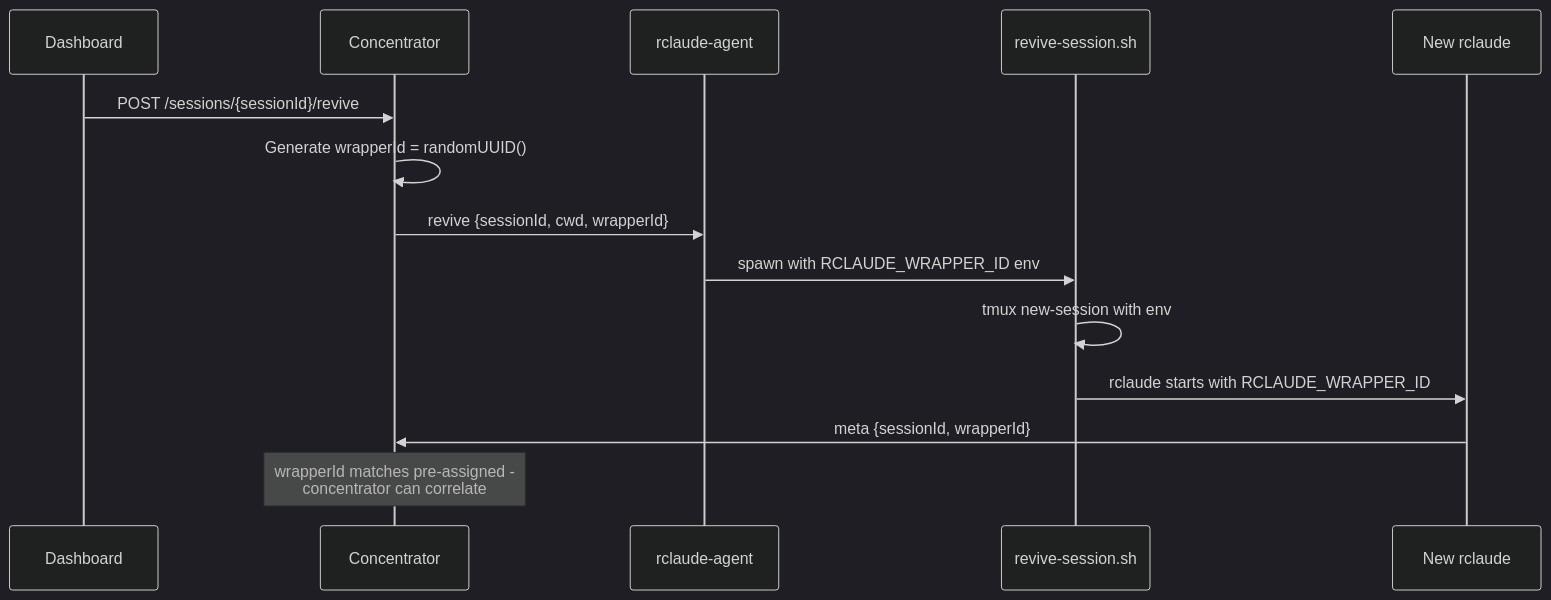
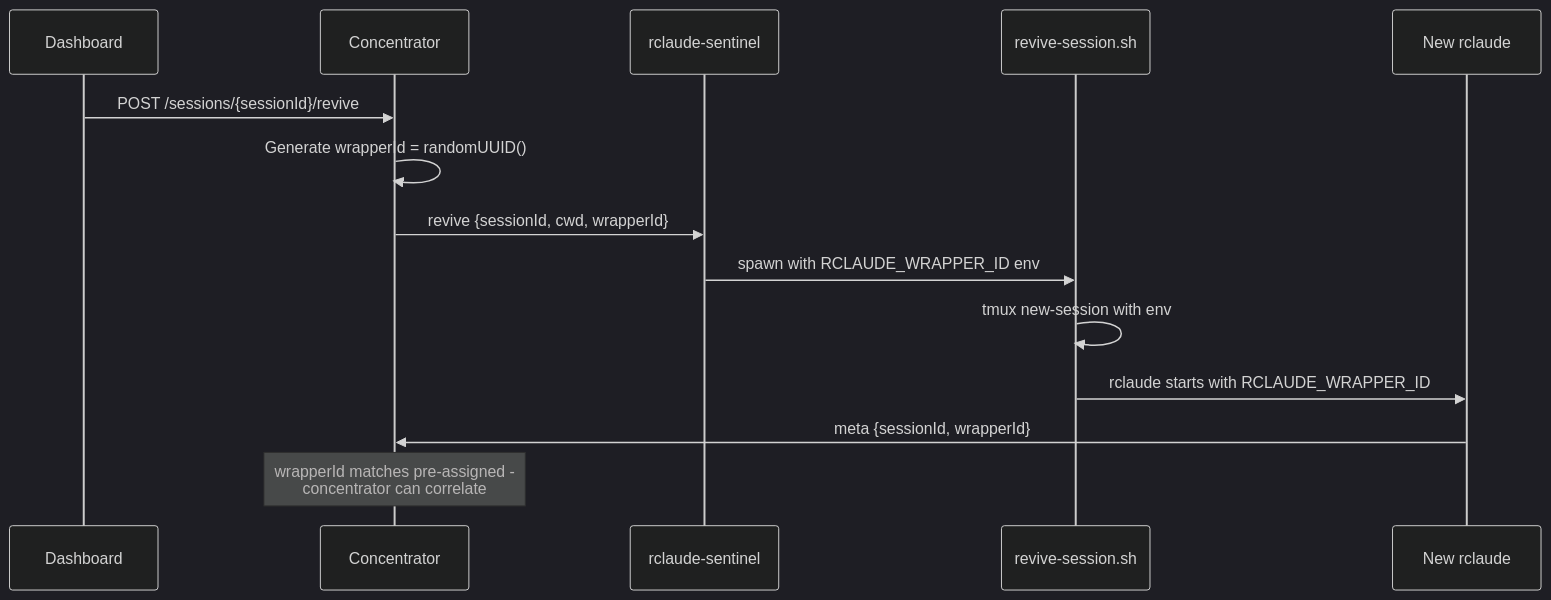
One commit to claudification/claudewerk changed the fifth of 5 diagrams in FLOW.md. Above: the diagram before and after it, drawn with Mermaid (dark theme). The commit also changed 39 other files, not shown here.

First line of the commit message:
refactor: rename rclaude-agent to rclaude-sentinel (fabric Phase 1)

````diff
--- a/FLOW.md
+++ b/FLOW.md
@@ -157,17 +157,17 @@
 ```mermaid
 sequenceDiagram
     participant D as Dashboard
     participant C as Concentrator
-    participant A as rclaude-agent
+    participant A as rclaude-sentinel
     participant R as revive-session.sh
     participant W as New rclaude
 
     D->>C: POST /sessions/{sessionId}/revive
     C->>C: Generate wrapperId = randomUUID()
     C->>A: revive {sessionId, cwd, wrapperId}
     A->>R: spawn with RCLAUDE_WRAPPER_ID env
     R->>R: tmux new-session with env
     R->>W: rclaude starts with RCLAUDE_WRAPPER_ID
     W->>C: meta {sessionId, wrapperId}
     Note over C: wrapperId matches pre-assigned -<br/>concentrator can correlate
 ```
````
